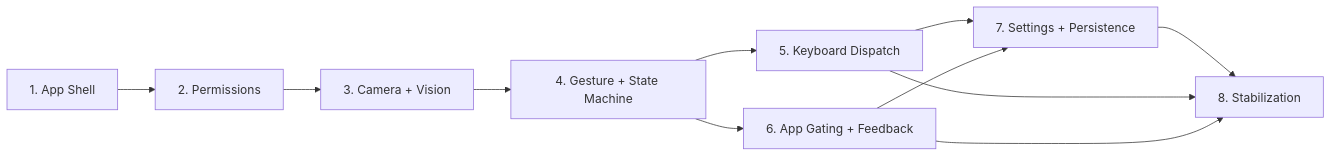
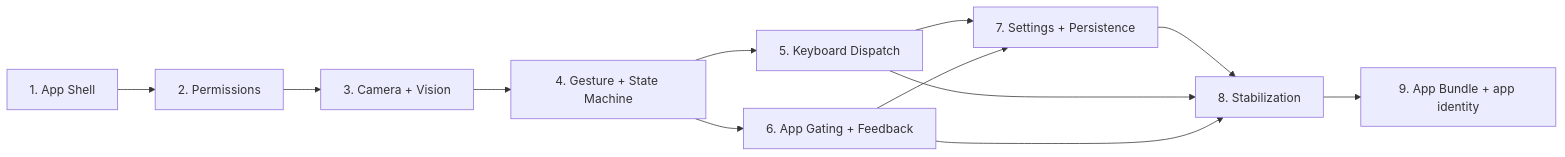
One commit to knightlpw/vibegesture changed the diagram in docs/ROADMAP.md. Above: the diagram before and after it, drawn with Mermaid. The commit also changed other lines of this file, not shown here.

Commit message:
docs: add app bundle identity task

````diff
--- a/docs/ROADMAP.md
+++ b/docs/ROADMAP.md
@@ -323,13 +351,14 @@
 ```mermaid
 flowchart LR
   A["1. App Shell"] --> B["2. Permissions"]
   B --> C["3. Camera + Vision"]
   C --> D["4. Gesture + State Machine"]
   D --> E["5. Keyboard Dispatch"]
   D --> F["6. App Gating + Feedback"]
   E --> G["7. Settings + Persistence"]
   F --> G
   G --> H["8. Stabilization"]
   E --> H
   F --> H
+  H --> I["9. App Bundle + app identity"]
 ```
````
